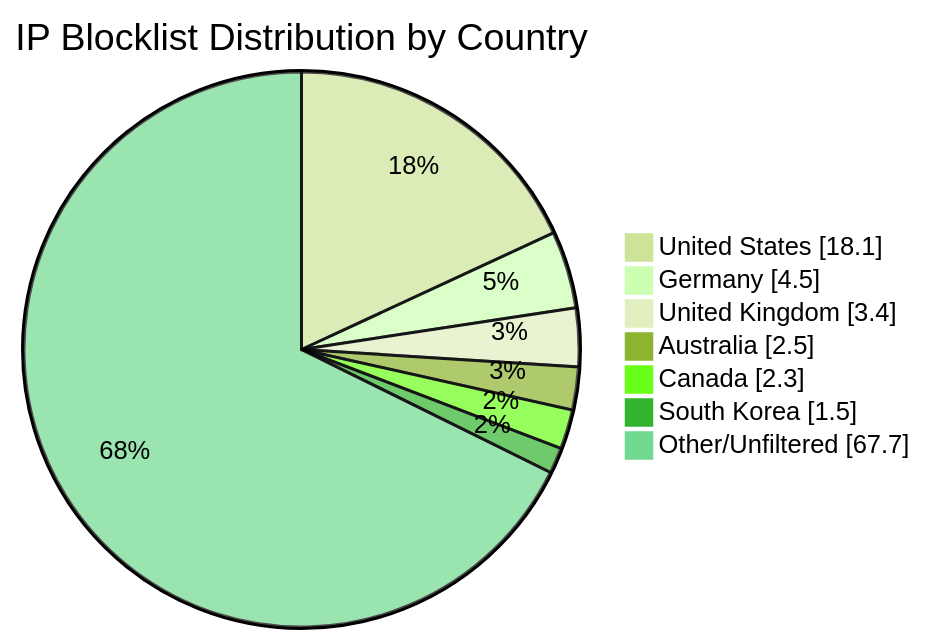
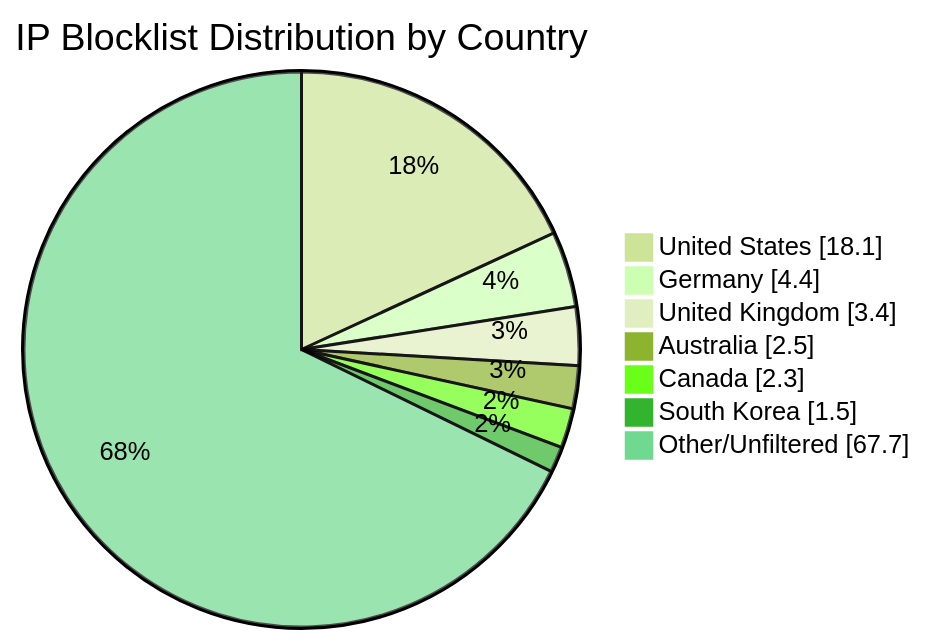
Before and after one commit to MarcusHoltz/ipblocklist-geofiltered-aggregator: the diagram in README.md, drawn with Mermaid (forest theme). The commit also changed other lines of this file and 9 other files, not shown here.

````diff
--- a/README.md
+++ b/README.md
@@ -34,10 +34,10 @@
 ```mermaid
 pie showData title IP Blocklist Distribution by Country
 "United States" : 18.1
-"Germany" : 4.5
+"Germany" : 4.4
 "United Kingdom" : 3.4
 "Australia" : 2.5
 "Canada" : 2.3
 "South Korea" : 1.5
 "Other/Unfiltered" : 67.7
 ```
````
